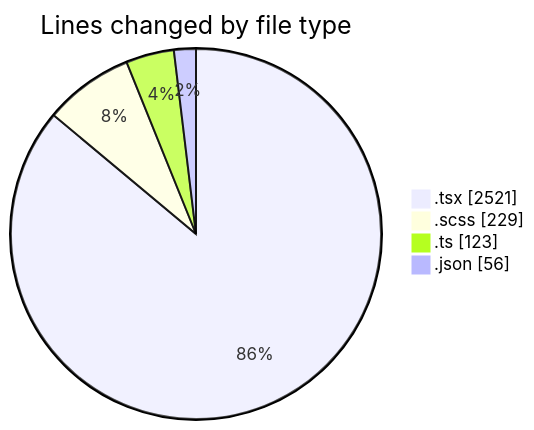
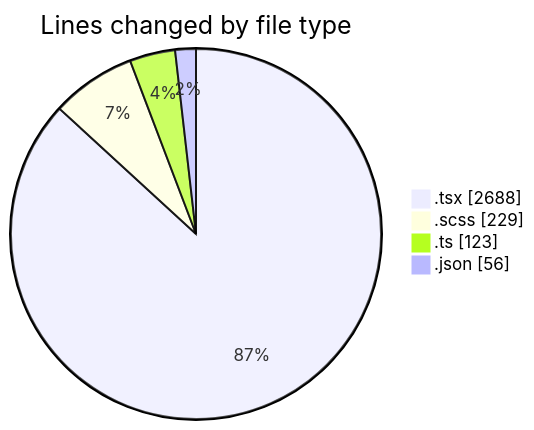
Before and after one commit to momahboobian/code-tracking: the first of 2 diagrams in 2026-10-30/cda/README.md, drawn with Mermaid. The commit also changed other lines of this file and 1 other file, not shown here.

````diff
--- a/2026-10-30/cda/README.md
+++ b/2026-10-30/cda/README.md
@@ -38,8 +39,8 @@
 ```mermaid
 pie showData
 title Lines changed by file type
-".tsx" : 2521
+".tsx" : 2688
 ".scss" : 229
 ".ts" : 123
 ".json" : 56
 ```
````
